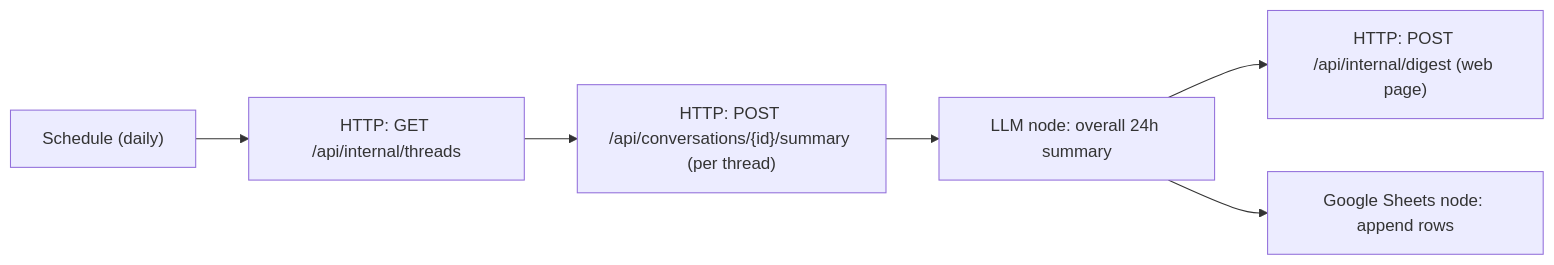
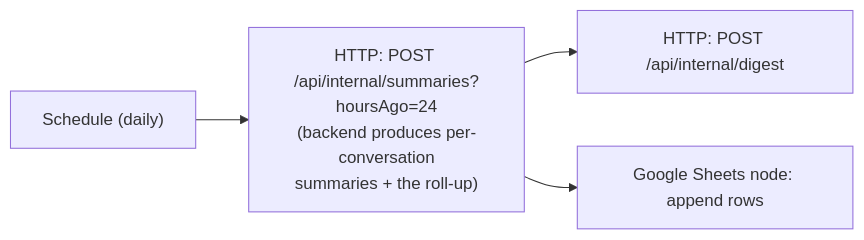
The diagram in docs/n8n-workflow.md (phanxuanquang/jetomax-assignment), drawn with Mermaid before and after one commit. The commit also changed other lines of this file and 6 other files, not shown here.

First line of the commit message:
feat: enhance database schema and user roles

````diff
--- a/docs/n8n-workflow.md
+++ b/docs/n8n-workflow.md
@@ -7,8 +7,6 @@
 ```mermaid
 flowchart LR
-    Cron["Schedule (daily)"] --> Fetch["HTTP: GET /api/internal/threads"]
-    Fetch --> Sum["HTTP: POST /api/conversations/{id}/summary (per thread)"]
-    Sum --> Overall["LLM node: overall 24h summary"]
-    Overall --> Web["HTTP: POST /api/internal/digest (web page)"]
-    Overall --> Sheet["Google Sheets node: append rows"]
+    Cron["Schedule (daily)"] --> Roll["HTTP: POST /api/internal/summaries?hoursAgo=24<br/>(backend produces per-conversation<br/>summaries + the roll-up)"]
+    Roll --> Web["HTTP: POST /api/internal/digest"]
+    Roll --> Sheet["Google Sheets node: append rows"]
 ```
````
